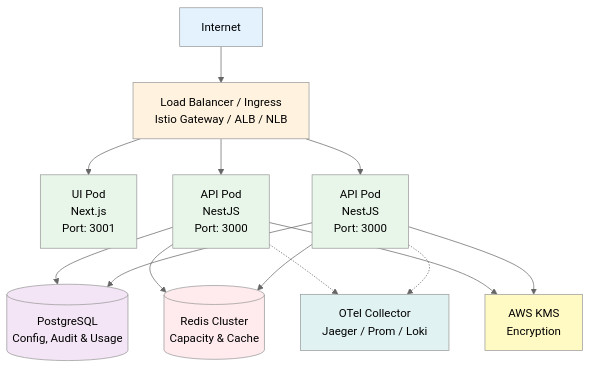
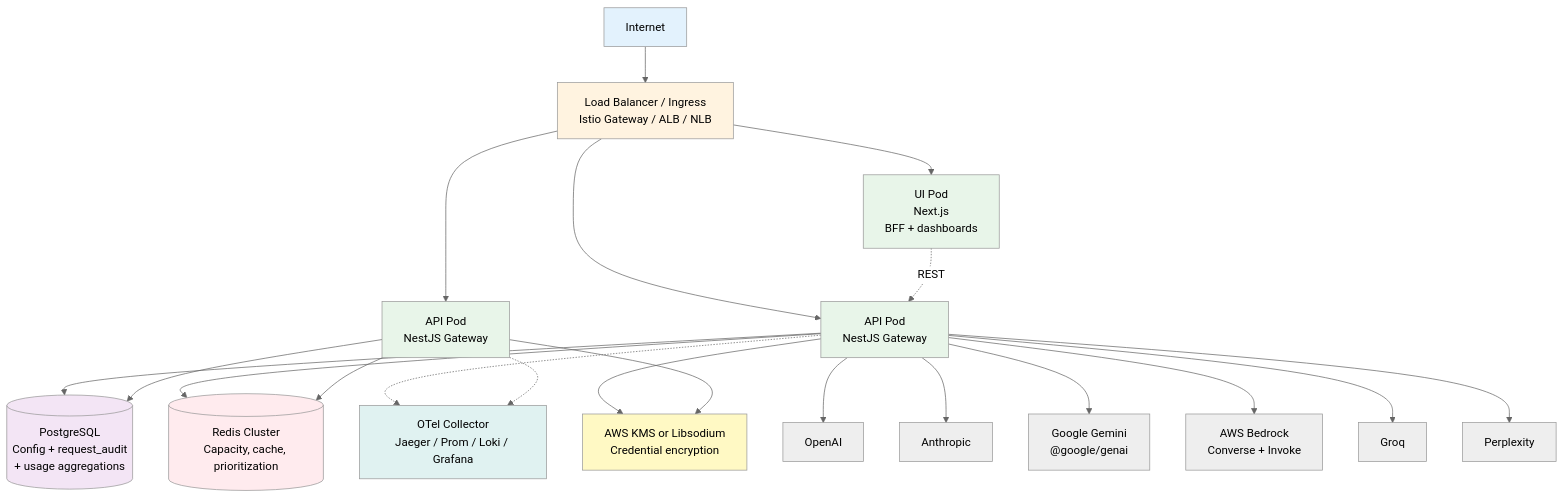
Before and after one commit to vm-x-ai/vm-x-ai: the first of 12 diagrams in docs/docs/architecture.md, drawn with Mermaid (neutral theme). The commit also changed other lines of this file and 183 other files, not shown here.

````diff
--- a/docs/docs/architecture.md
+++ b/docs/docs/architecture.md
@@ -75,38 +92,54 @@
 ```mermaid
 graph TB
     Internet[Internet]
     LB[Load Balancer / Ingress<br/>Istio Gateway / ALB / NLB]
 
-    UI1[UI Pod<br/>Next.js<br/>Port: 3001]
-    API1[API Pod<br/>NestJS<br/>Port: 3000]
-    API2[API Pod<br/>NestJS<br/>Port: 3000]
+    UI1[UI Pod<br/>Next.js<br/>BFF + dashboards]
+    API1[API Pod<br/>NestJS Gateway]
+    API2[API Pod<br/>NestJS Gateway]
 
-    PG[(PostgreSQL<br/>Config, Audit & Usage)]
-    Redis[(Redis Cluster<br/>Capacity & Cache)]
-    OTel[OTel Collector<br/>Jaeger / Prom / Loki]
-    KMS[AWS KMS<br/>Encryption]
+    PG[(PostgreSQL<br/>Config + request_audit<br/>+ usage aggregations)]
+    Redis[(Redis Cluster<br/>Capacity, cache, prioritization)]
+    OTel[OTel Collector<br/>Jaeger / Prom / Loki / Grafana]
+    KMS[AWS KMS or Libsodium<br/>Credential encryption]
+
+    OpenAI[OpenAI]
+    Anthropic[Anthropic]
+    Gemini[Google Gemini<br/>@google/genai]
+    Bedrock[AWS Bedrock<br/>Converse + Invoke]
+    Groq[Groq]
+    Perplexity[Perplexity]
 
     Internet --> LB
     LB --> UI1
     LB --> API1
     LB --> API2
+
+    UI1 -.->|REST| API1
 
     API1 --> PG
     API2 --> PG
     API1 --> Redis
     API2 --> Redis
     API1 -.-> OTel
     API2 -.-> OTel
     API1 --> KMS
     API2 --> KMS
+
+    API1 --> OpenAI
+    API1 --> Anthropic
+    API1 --> Gemini
+    API1 --> Bedrock
+    API1 --> Groq
+    API1 --> Perplexity
 
     style Internet fill:#e3f2fd
     style LB fill:#fff3e0
     style UI1 fill:#e8f5e9
     style API1 fill:#e8f5e9
     style API2 fill:#e8f5e9
     style PG fill:#f3e5f5
     style Redis fill:#ffebee
     style OTel fill:#e0f2f1
     style KMS fill:#fff9c4
 ```
````
